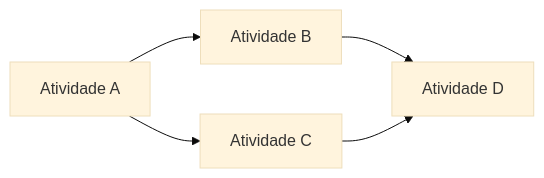
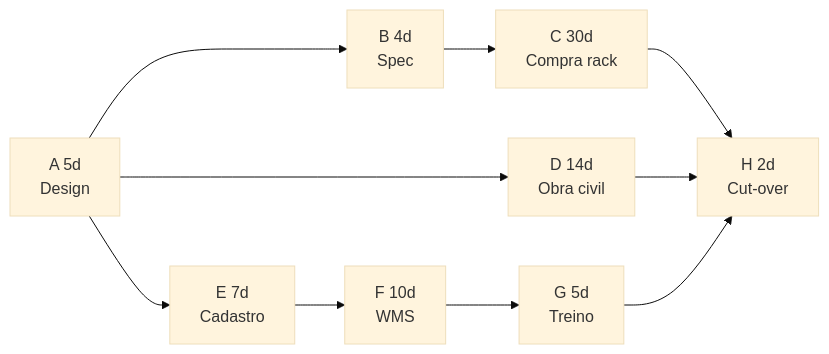
The first of 5 diagrams in aulas/trilha-melhoria-continua-e-processos/modulo-04-gestao-de-projetos-logisticos/aula-02-caminho-critico-buffer-riscos.md (cleberhensel/logisticon-academy), drawn with Mermaid (base theme) before and after one commit. The commit also changed other lines of this file and 122 other files, not shown here.

````diff
--- a/aulas/trilha-melhoria-continua-e-processos/modulo-04-gestao-de-projetos-logisticos/aula-02-caminho-critico-buffer-riscos.md
+++ b/aulas/trilha-melhoria-continua-e-processos/modulo-04-gestao-de-projetos-logisticos/aula-02-caminho-critico-buffer-riscos.md
@@ -43,11 +149,14 @@
 ```mermaid
 flowchart LR
-  A[Atividade A]
-  B[Atividade B]
-  C[Atividade C]
-  D[Atividade D]
-  A --> B
-  A --> C
-  B --> D
-  C --> D
+  A[A 5d<br/>Design]
+  B[B 4d<br/>Spec]
+  C[C 30d<br/>Compra rack]
+  D[D 14d<br/>Obra civil]
+  E[E 7d<br/>Cadastro]
+  F[F 10d<br/>WMS]
+  G[G 5d<br/>Treino]
+  H[H 2d<br/>Cut-over]
+  A --> B --> C --> H
+  A --> D --> H
+  A --> E --> F --> G --> H
 ```
````
